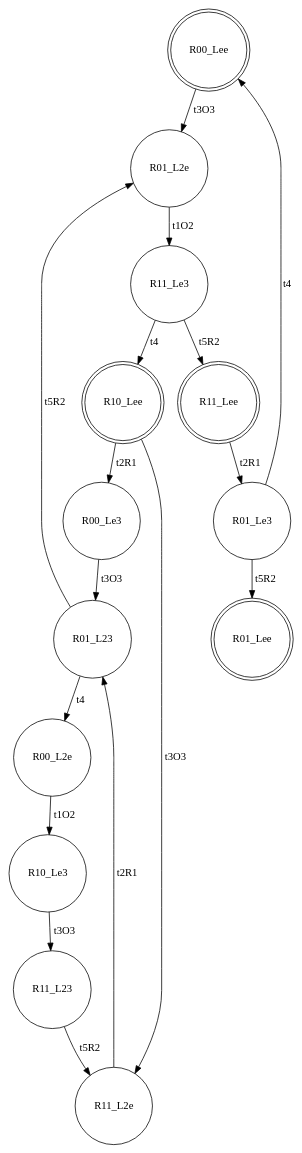
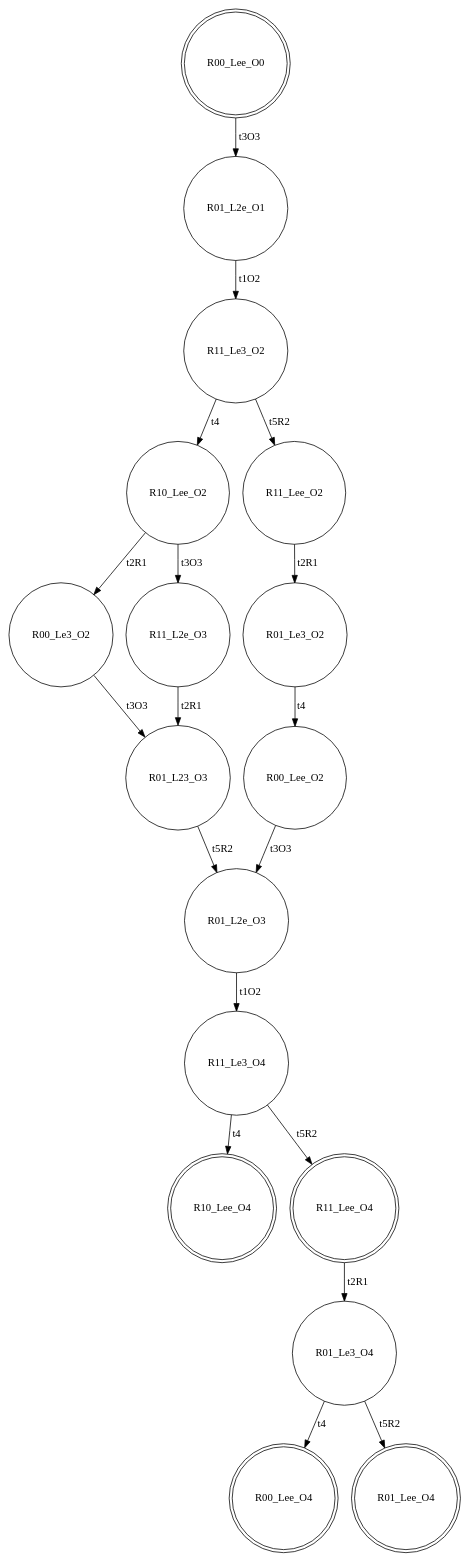
The diagram in input/e_SC.dot (Stefano-BS/Explanatory-Diagnosis), drawn with Graphviz before and after one commit. The commit also changed 27 other files, not shown here.

```diff
--- a/input/e_SC.dot
+++ b/input/e_SC.dot
@@ -1,31 +1,37 @@
 digraph "SCinput/e" {
-node [shape=doublecircle]; R00_Lee ;
-node [shape=circle]; R01_L2e ;
-node [shape=circle]; R11_Le3 ;
-node [shape=doublecircle]; R10_Lee ;
-node [shape=circle]; R00_Le3 ;
-node [shape=circle]; R01_L23 ;
-node [shape=circle]; R00_L2e ;
-node [shape=circle]; R10_Le3 ;
-node [shape=circle]; R11_L23 ;
-node [shape=circle]; R11_L2e ;
-node [shape=doublecircle]; R11_Lee ;
-node [shape=circle]; R01_Le3 ;
-node [shape=doublecircle]; R01_Lee ;
-R00_Lee -> R01_L2e [label=t3O3]
-R01_L2e -> R11_Le3 [label=t1O2]
-R11_Le3 -> R11_Lee [label=t5R2]
-R11_Le3 -> R10_Lee [label=t4]
-R10_Lee -> R11_L2e [label=t3O3]
-R10_Lee -> R00_Le3 [label=t2R1]
-R00_Le3 -> R01_L23 [label=t3O3]
-R01_L23 -> R01_L2e [label=t5R2]
-R01_L23 -> R00_L2e [label=t4]
-R00_L2e -> R10_Le3 [label=t1O2]
-R10_Le3 -> R11_L23 [label=t3O3]
-R11_L23 -> R11_L2e [label=t5R2]
-R11_L2e -> R01_L23 [label=t2R1]
-R11_Lee -> R01_Le3 [label=t2R1]
-R01_Le3 -> R01_Lee [label=t5R2]
-R01_Le3 -> R00_Lee [label=t4]
+node [shape=doublecircle]; R00_Lee_O0 ;
+node [shape=circle]; R01_L2e_O1 ;
+node [shape=circle]; R11_Le3_O2 ;
+node [shape=circle]; R10_Lee_O2 ;
+node [shape=circle]; R00_Le3_O2 ;
+node [shape=circle]; R01_L23_O3 ;
+node [shape=circle]; R01_L2e_O3 ;
+node [shape=circle]; R11_Le3_O4 ;
+node [shape=doublecircle]; R10_Lee_O4 ;
+node [shape=doublecircle]; R11_Lee_O4 ;
+node [shape=circle]; R01_Le3_O4 ;
+node [shape=doublecircle]; R00_Lee_O4 ;
+node [shape=doublecircle]; R01_Lee_O4 ;
+node [shape=circle]; R11_L2e_O3 ;
+node [shape=circle]; R11_Lee_O2 ;
+node [shape=circle]; R01_Le3_O2 ;
+node [shape=circle]; R00_Lee_O2 ;
+R00_Lee_O0 -> R01_L2e_O1 [label=t3O3]
+R01_L2e_O1 -> R11_Le3_O2 [label=t1O2]
+R11_Le3_O2 -> R11_Lee_O2 [label=t5R2]
+R11_Le3_O2 -> R10_Lee_O2 [label=t4]
+R10_Lee_O2 -> R11_L2e_O3 [label=t3O3]
+R10_Lee_O2 -> R00_Le3_O2 [label=t2R1]
+R00_Le3_O2 -> R01_L23_O3 [label=t3O3]
+R01_L23_O3 -> R01_L2e_O3 [label=t5R2]
+R01_L2e_O3 -> R11_Le3_O4 [label=t1O2]
+R11_Le3_O4 -> R11_Lee_O4 [label=t5R2]
+R11_Le3_O4 -> R10_Lee_O4 [label=t4]
+R11_Lee_O4 -> R01_Le3_O4 [label=t2R1]
+R01_Le3_O4 -> R01_Lee_O4 [label=t5R2]
+R01_Le3_O4 -> R00_Lee_O4 [label=t4]
+R11_L2e_O3 -> R01_L23_O3 [label=t2R1]
+R11_Lee_O2 -> R01_Le3_O2 [label=t2R1]
+R01_Le3_O2 -> R00_Lee_O2 [label=t4]
+R00_Lee_O2 -> R01_L2e_O3 [label=t3O3]
 }
```
